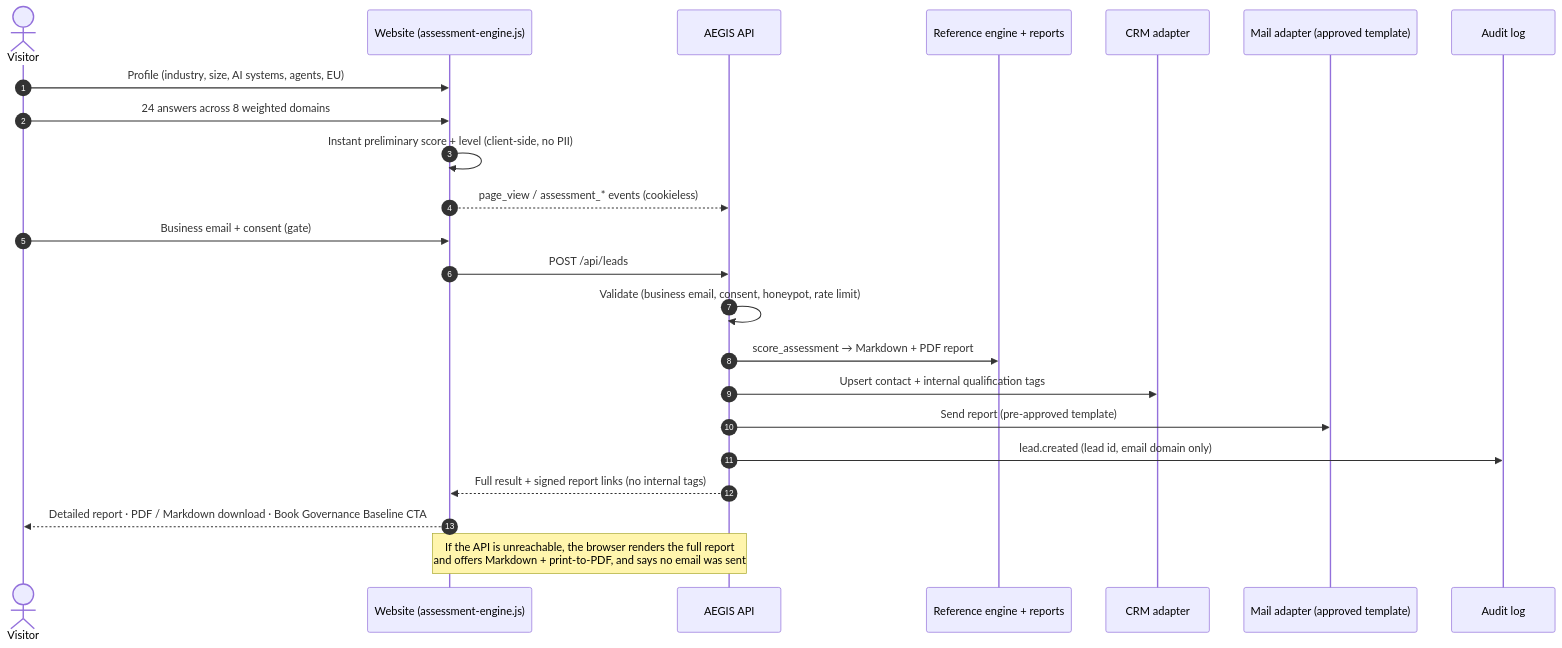
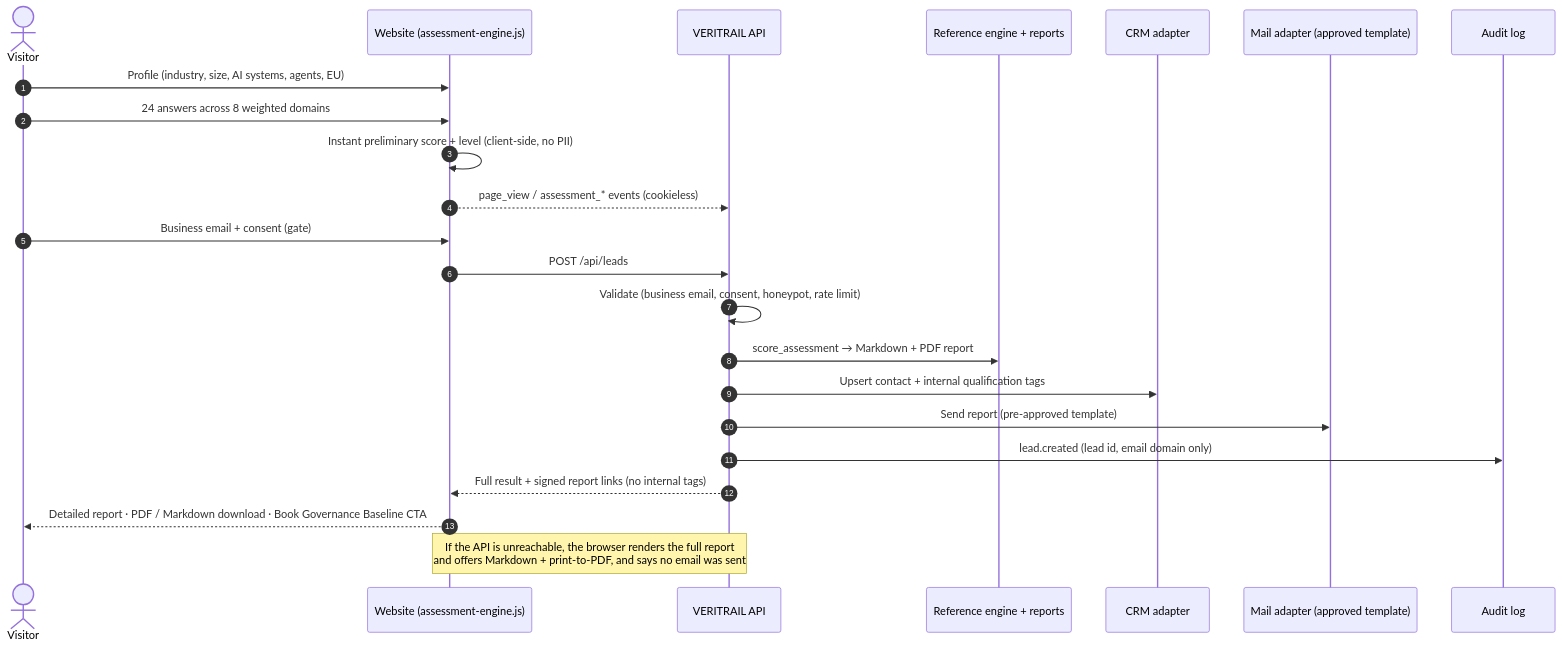
The diagram in platform/docs/diagrams/05_self_assessment_funnel.mmd (kalilurrahman/thoughtful-ai-advisory), drawn with Mermaid before and after one commit. The commit also changed 618 other files, not shown here.

First line of the commit message:
Rename the platform from AEGIS to VERITRAIL and the assessment studio from GOVERN to TILLER

```diff
--- a/platform/docs/diagrams/05_self_assessment_funnel.mmd
+++ b/platform/docs/diagrams/05_self_assessment_funnel.mmd
@@ -1,24 +1,24 @@
 %% AI Governance Maturity Self-Assessment — lead-magnet flow
 sequenceDiagram
   autonumber
   actor V as Visitor
   participant W as Website (assessment-engine.js)
-  participant A as AEGIS API
+  participant A as VERITRAIL API
   participant E as Reference engine + reports
   participant C as CRM adapter
   participant M as Mail adapter (approved template)
   participant L as Audit log
   V->>W: Profile (industry, size, AI systems, agents, EU)
   V->>W: 24 answers across 8 weighted domains
   W->>W: Instant preliminary score + level (client-side, no PII)
   W-->>A: page_view / assessment_* events (cookieless)
   V->>W: Business email + consent (gate)
   W->>A: POST /api/leads
   A->>A: Validate (business email, consent, honeypot, rate limit)
   A->>E: score_assessment → Markdown + PDF report
   A->>C: Upsert contact + internal qualification tags
   A->>M: Send report (pre-approved template)
   A->>L: lead.created (lead id, email domain only)
   A-->>W: Full result + signed report links (no internal tags)
   W-->>V: Detailed report · PDF / Markdown download · Book Governance Baseline CTA
   Note over W,A: If the API is unreachable, the browser renders the full report<br/>and offers Markdown + print-to-PDF, and says no email was sent
```
